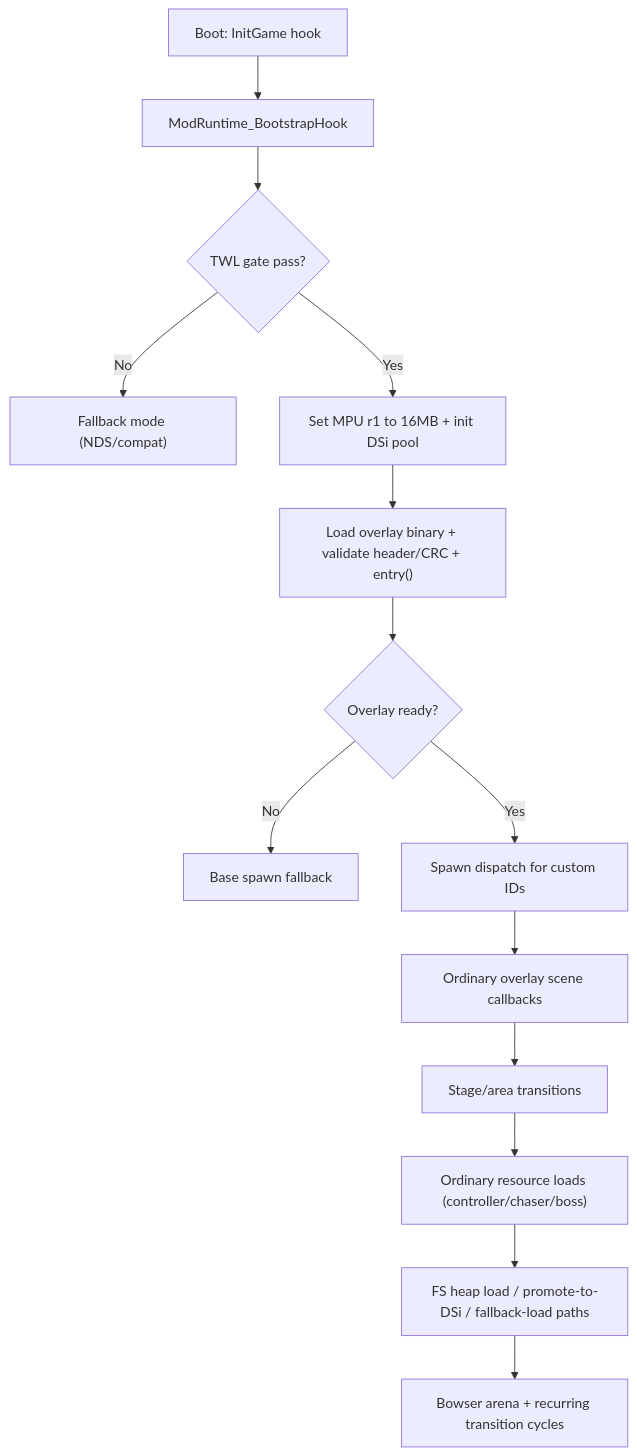
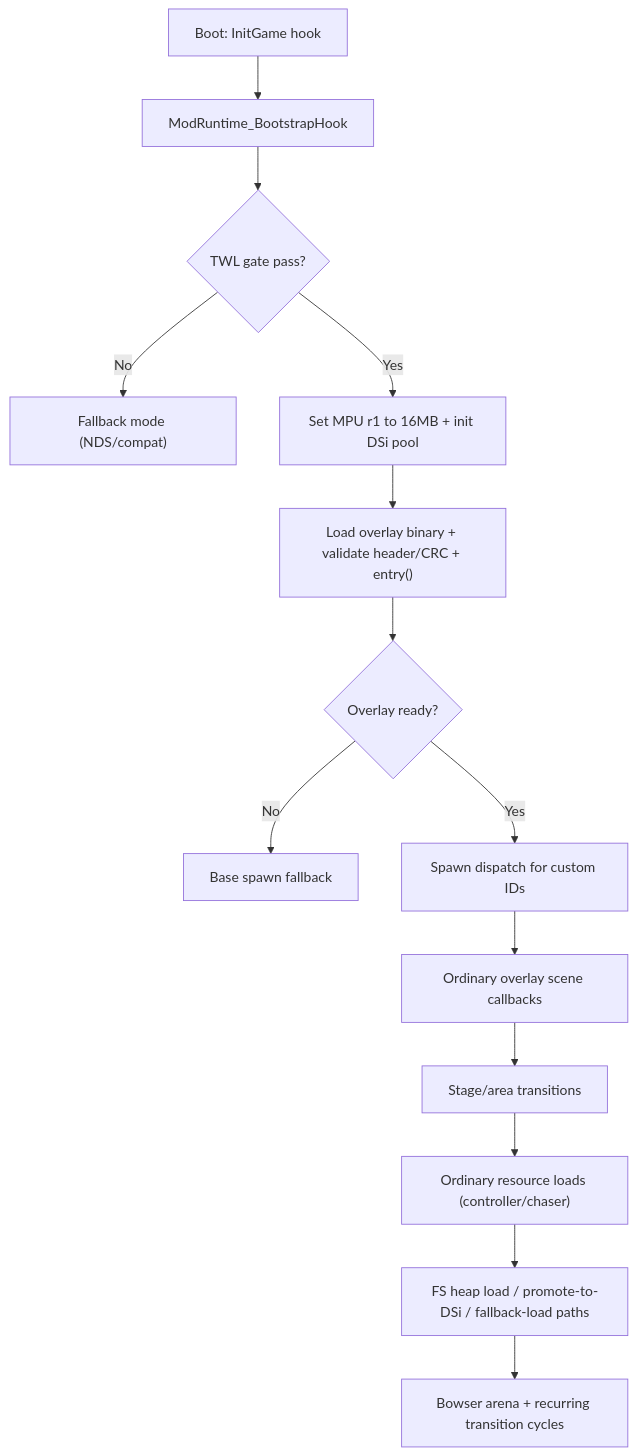
The diagram in DSI_RAM_REVIEW.md (Ndymario/NSMB-DSi), drawn with Mermaid before and after one commit. The commit also changed other lines of this file and 16 other files, not shown here.

````diff
--- a/DSI_RAM_REVIEW.md
+++ b/DSI_RAM_REVIEW.md
@@ -87,16 +82,16 @@
 ```mermaid
 flowchart TD
     A["Boot: InitGame hook"] --> B["ModRuntime_BootstrapHook"]
     B --> C{"TWL gate pass?"}
     C -- No --> D["Fallback mode (NDS/compat)"]
     C -- Yes --> E["Set MPU r1 to 16MB + init DSi pool"]
     E --> F["Load overlay binary + validate header/CRC + entry()"]
     F --> G{"Overlay ready?"}
     G -- No --> H["Base spawn fallback"]
     G -- Yes --> I["Spawn dispatch for custom IDs"]
     I --> J["Ordinary overlay scene callbacks"]
     J --> K["Stage/area transitions"]
-    K --> L["Ordinary resource loads (controller/chaser/boss)"]
+    K --> L["Ordinary resource loads (controller/chaser)"]
     L --> M["FS heap load / promote-to-DSi / fallback-load paths"]
     M --> N["Bowser arena + recurring transition cycles"]
 ```
````
